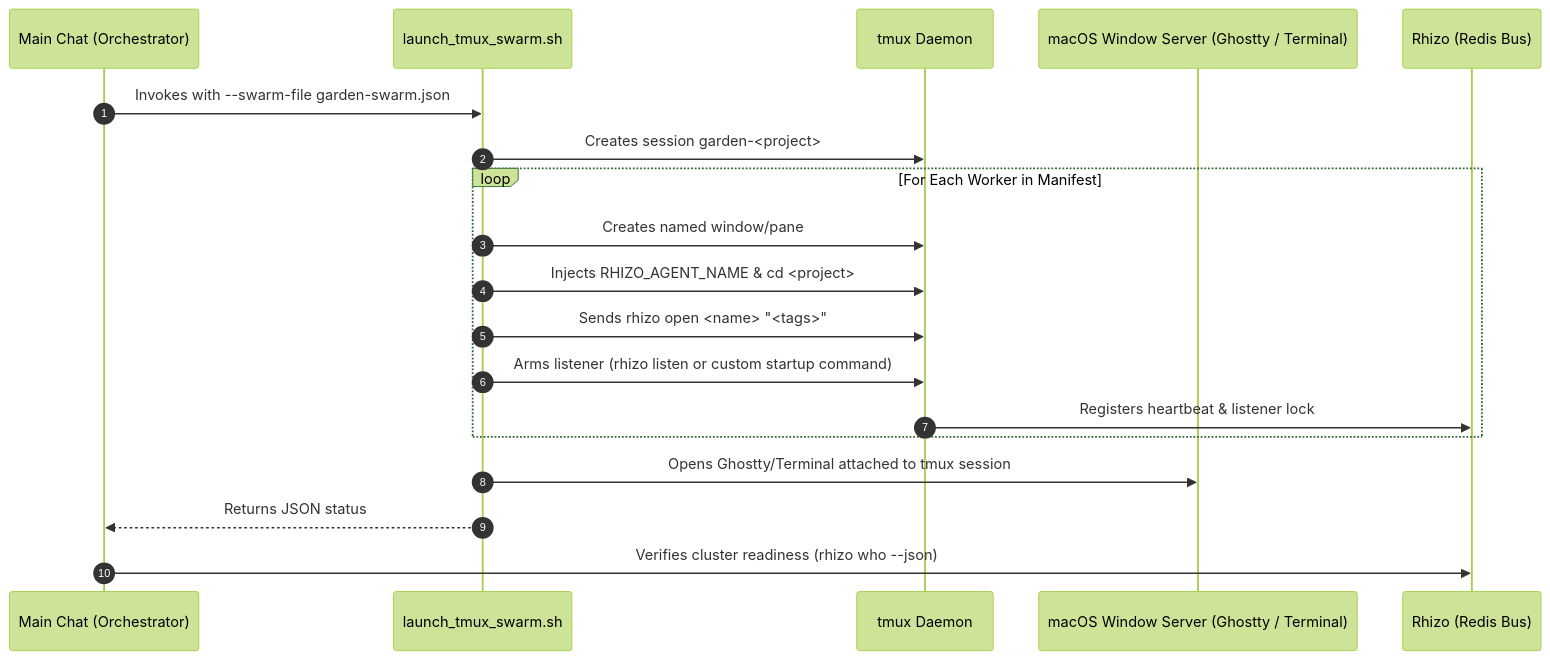
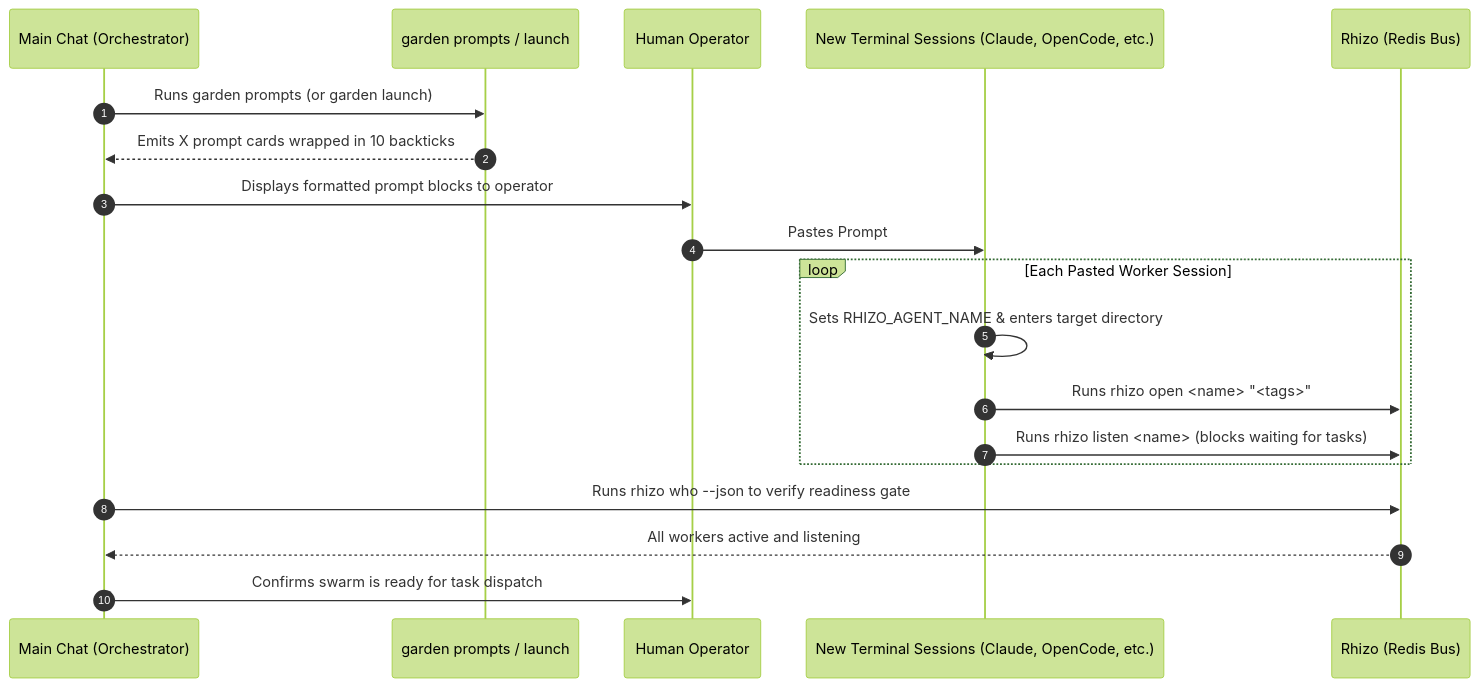
The diagram in skills/launch-workers/SKILL.md (axiomantic/garden), drawn with Mermaid (forest theme) before and after one commit. The commit also changed other lines of this file and 11 other files, not shown here.

Commit message:
chore(release): v0.2.0 - prompt-based swarm bootstrapping & 10-backtick raw markdown blocks

````diff
--- a/skills/launch-workers/SKILL.md
+++ b/skills/launch-workers/SKILL.md
@@ -32,22 +38,22 @@
 ```mermaid
 sequenceDiagram
     autonumber
     participant Orch as Main Chat (Orchestrator)
-    participant Script as launch_tmux_swarm.sh
-    participant Tmux as tmux Daemon
-    participant OS as macOS Window Server (Ghostty / Terminal)
+    participant Garden as garden prompts / launch
+    participant Op as Human Operator
+    participant Workers as New Terminal Sessions (Claude, OpenCode, etc.)
     participant Redis as Rhizo (Redis Bus)
 
-    Orch->>Script: Invokes with --swarm-file garden-swarm.json
-    Script->>Tmux: Creates session garden-<project>
-    loop For Each Worker in Manifest
-        Script->>Tmux: Creates named window/pane
-        Script->>Tmux: Injects RHIZO_AGENT_NAME & cd <project>
-        Script->>Tmux: Sends rhizo open <name> "<tags>"
-        Script->>Tmux: Arms listener (rhizo listen or custom startup command)
-        Tmux->>Redis: Registers heartbeat & listener lock
+    Orch->>Garden: Runs garden prompts (or garden launch)
+    Garden-->>Orch: Emits X prompt cards wrapped in 10 backticks
+    Orch->>Op: Displays formatted prompt blocks to operator
+    Op->>Workers: Pastes Prompt #1 into Session 1, Prompt #2 into Session 2...
+    loop Each Pasted Worker Session
+        Workers->>Workers: Sets RHIZO_AGENT_NAME & enters target directory
+        Workers->>Redis: Runs rhizo open <name> "<tags>"
+        Workers->>Redis: Runs rhizo listen <name> (blocks waiting for tasks)
     end
-    Script->>OS: Opens Ghostty/Terminal attached to tmux session
-    Script-->>Orch: Returns JSON status
-    Orch->>Redis: Verifies cluster readiness (rhizo who --json)
+    Orch->>Redis: Runs rhizo who --json to verify readiness gate
+    Redis-->>Orch: All workers active and listening
+    Orch->>Op: Confirms swarm is ready for task dispatch
 ```
````
